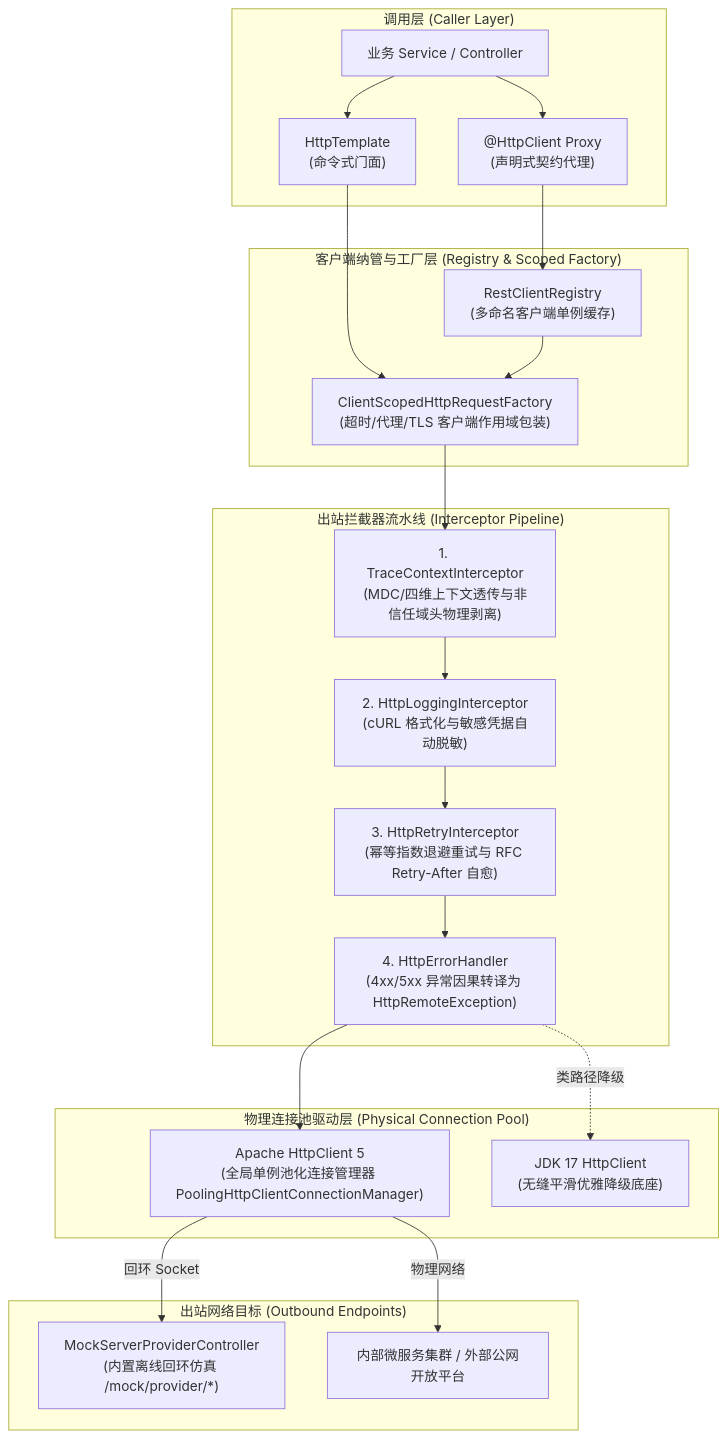
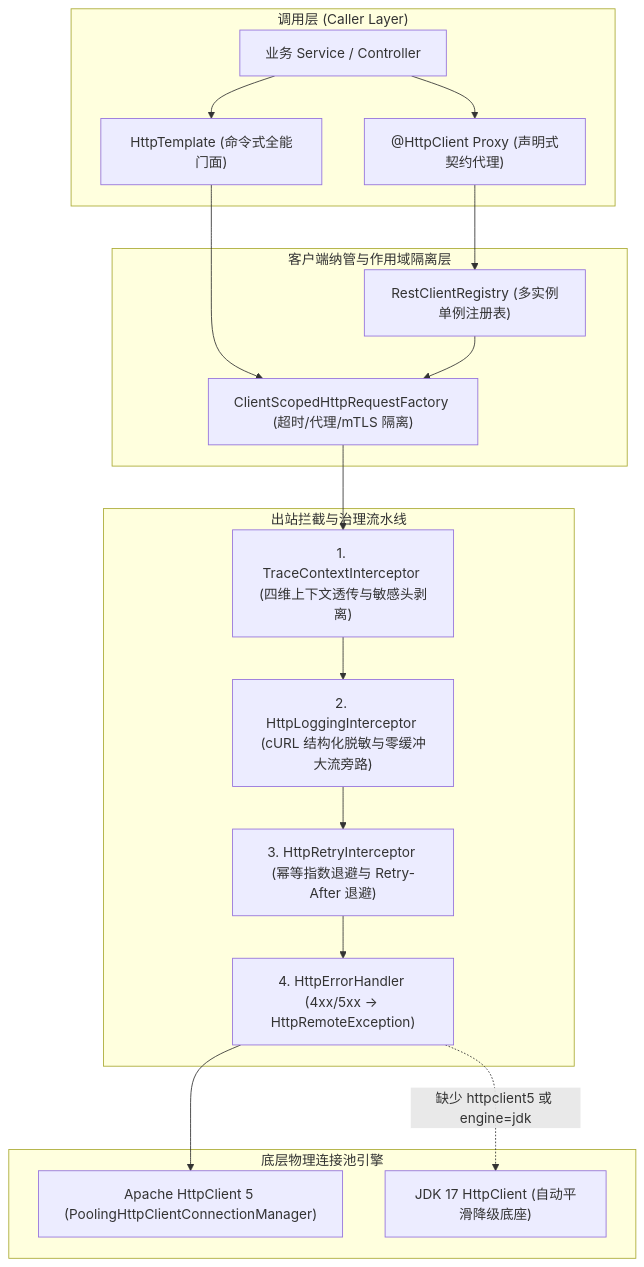
One commit to atengk/ateng-boot changed the diagram in ateng-boot-http/README.md. Above: the diagram before and after it, drawn with Mermaid. The commit also changed other lines of this file and 24 other files, not shown here.

````diff
--- a/ateng-boot-http/README.md
+++ b/ateng-boot-http/README.md
@@ -152,43 +142,33 @@
 ```mermaid
 flowchart TD
     subgraph CallerLayer["调用层 (Caller Layer)"]
         SC["业务 Service / Controller"]
-        HT["HttpTemplate<br>(命令式门面)"]
-        DC["@HttpClient Proxy<br>(声明式契约代理)"]
+        HT["HttpTemplate (命令式全能门面)"]
+        DC["@HttpClient Proxy (声明式契约代理)"]
         SC --> HT
         SC --> DC
     end
 
-    subgraph FactoryLayer["客户端纳管与工厂层 (Registry & Scoped Factory)"]
-        RCR["RestClientRegistry<br>(多命名客户端单例缓存)"]
-        CSHF["ClientScopedHttpRequestFactory<br>(超时/代理/TLS 客户端作用域包装)"]
+    subgraph RegistryLayer["客户端纳管与作用域隔离层"]
+        RCR["RestClientRegistry (多实例单例注册表)"]
+        CSHF["ClientScopedHttpRequestFactory (超时/代理/mTLS 隔离)"]
         DC --> RCR
         HT --> CSHF
         RCR --> CSHF
     end
 
-    subgraph InterceptorPipeline["出站拦截器流水线 (Interceptor Pipeline)"]
-        TCI["1. TraceContextInterceptor<br>(MDC/四维上下文透传与非信任域头物理剥离)"]
-        HLI["2. HttpLoggingInterceptor<br>(cURL 格式化与敏感凭据自动脱敏)"]
-        HRI["3. HttpRetryInterceptor<br>(幂等指数退避重试与 RFC Retry-After 自愈)"]
-        HEH["4. HttpErrorHandler<br>(4xx/5xx 异常因果转译为 HttpRemoteException)"]
-        CSHF --> TCI
-        TCI --> HLI
-        HLI --> HRI
-        HRI --> HEH
+    subgraph Pipeline["出站拦截与治理流水线"]
+        TCI["1. TraceContextInterceptor (四维上下文透传与敏感头剥离)"]
+        HLI["2. HttpLoggingInterceptor (cURL 结构化脱敏与零缓冲大流旁路)"]
+        HRI["3. HttpRetryInterceptor (幂等指数退避与 Retry-After 退避)"]
+        HEH["4. HttpErrorHandler (4xx/5xx -> HttpRemoteException)"]
+        CSHF --> TCI --> HLI --> HRI --> HEH
     end
 
-    subgraph PoolLayer["物理连接池驱动层 (Physical Connection Pool)"]
-        HC5["Apache HttpClient 5<br>(全局单例池化连接管理器 PoolingHttpClientConnectionManager)"]
-        JDK17["JDK 17 HttpClient<br>(无缝平滑优雅降级底座)"]
+    subgraph Engine["底层物理连接池引擎"]
+        HC5["Apache HttpClient 5 (PoolingHttpClientConnectionManager)"]
+        JDK17["JDK 17 HttpClient (自动平滑降级底座)"]
         HEH --> HC5
-        HEH -.->|类路径降级| JDK17
-    end
-
-    subgraph TargetLayer["出站网络目标 (Outbound Endpoints)"]
-        LP["MockServerProviderController<br>(内置离线回环仿真 /mock/provider/*)"]
-        REMOTE["内部微服务集群 / 外部公网开放平台"]
-        HC5 -->|回环 Socket| LP
-        HC5 -->|物理网络| REMOTE
+        HEH -.->|"缺少 httpclient5 或 engine=jdk"| JDK17
     end
 ```
````
